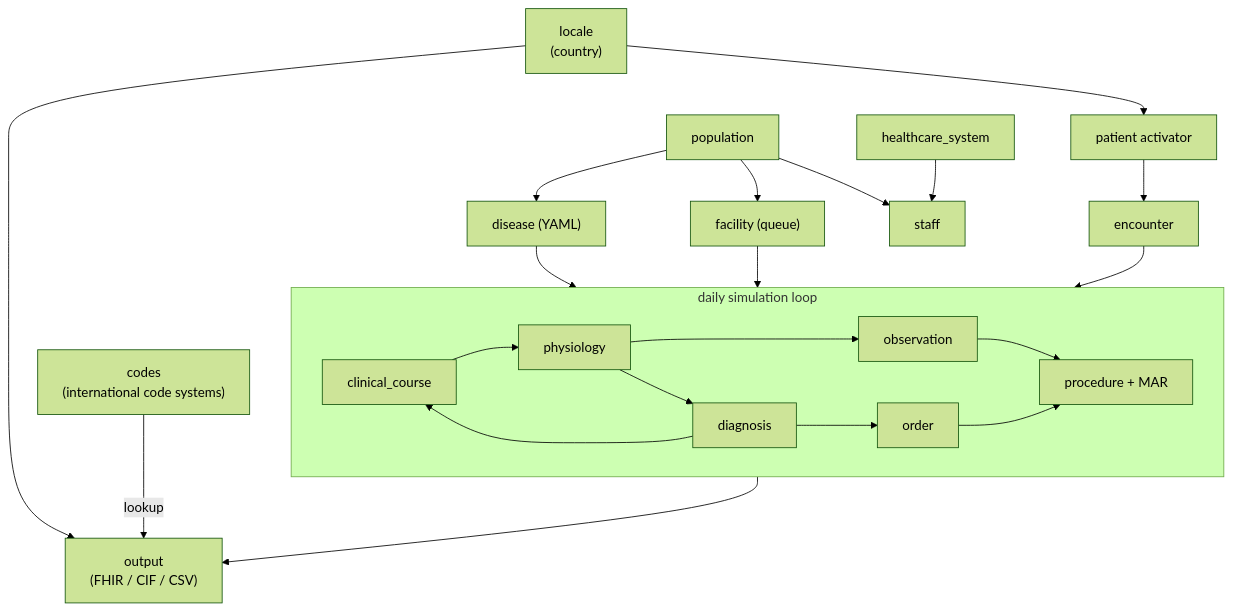
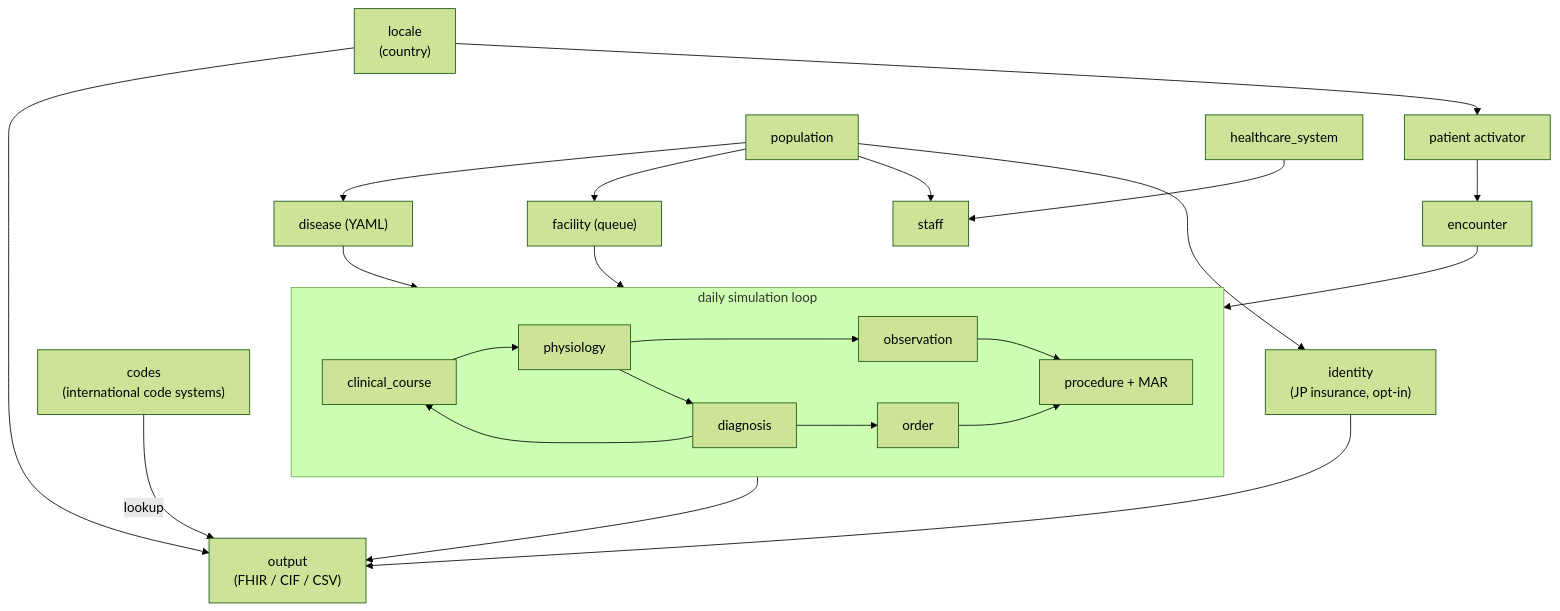
Before and after one commit to TomoOkuyama/clinosim: the second of 2 diagrams in README.md, drawn with Mermaid (forest theme). The commit also changed other lines of this file and 3 other files, not shown here.

First line of the commit message:
docs: sync README/CLAUDE/output for AD-54/55/56 (identity, Coverage, registries)

````diff
--- a/README.md
+++ b/README.md
@@ -788,36 +792,39 @@
 ```mermaid
 flowchart TD
     codes["codes<br/>(international code systems)"]
     locale["locale<br/>(country)"]
     output["output<br/>(FHIR / CIF / CSV)"]
     patient["patient activator"]
     encounter["encounter"]
     disease["disease (YAML)"]
     facility["facility (queue)"]
     population["population"]
     staff["staff"]
     healthcare["healthcare_system"]
+    identity["identity<br/>(JP insurance, opt-in)"]
 
     subgraph loop["daily simulation loop"]
         cc["clinical_course"] --> phys["physiology"]
         phys --> obs["observation"]
         phys --> dx["diagnosis"]
         dx --> cc
         obs --> proc["procedure + MAR"]
         dx --> order["order"]
         order --> proc
     end
 
     codes -->|lookup| output
     locale --> output
     locale --> patient
     patient --> encounter
     encounter --> loop
     disease --> loop
     facility --> loop
     loop --> output
     population --> disease
     population --> facility
     population --> staff
     healthcare --> staff
+    population --> identity
+    identity --> output
 ```
````
